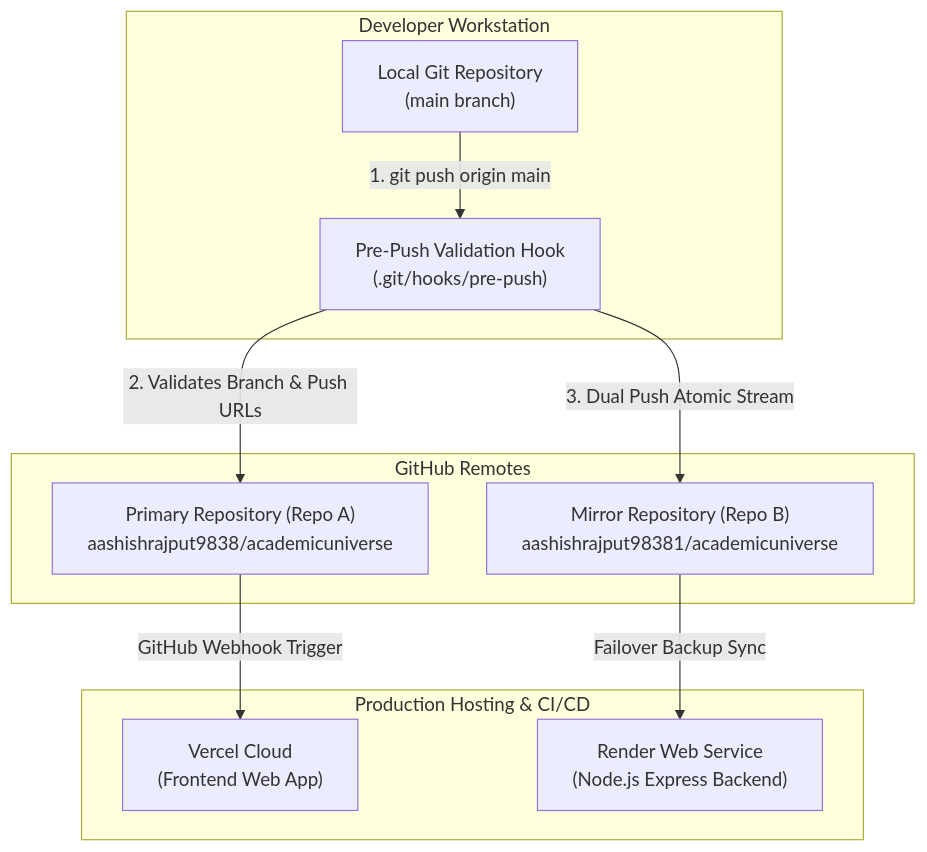
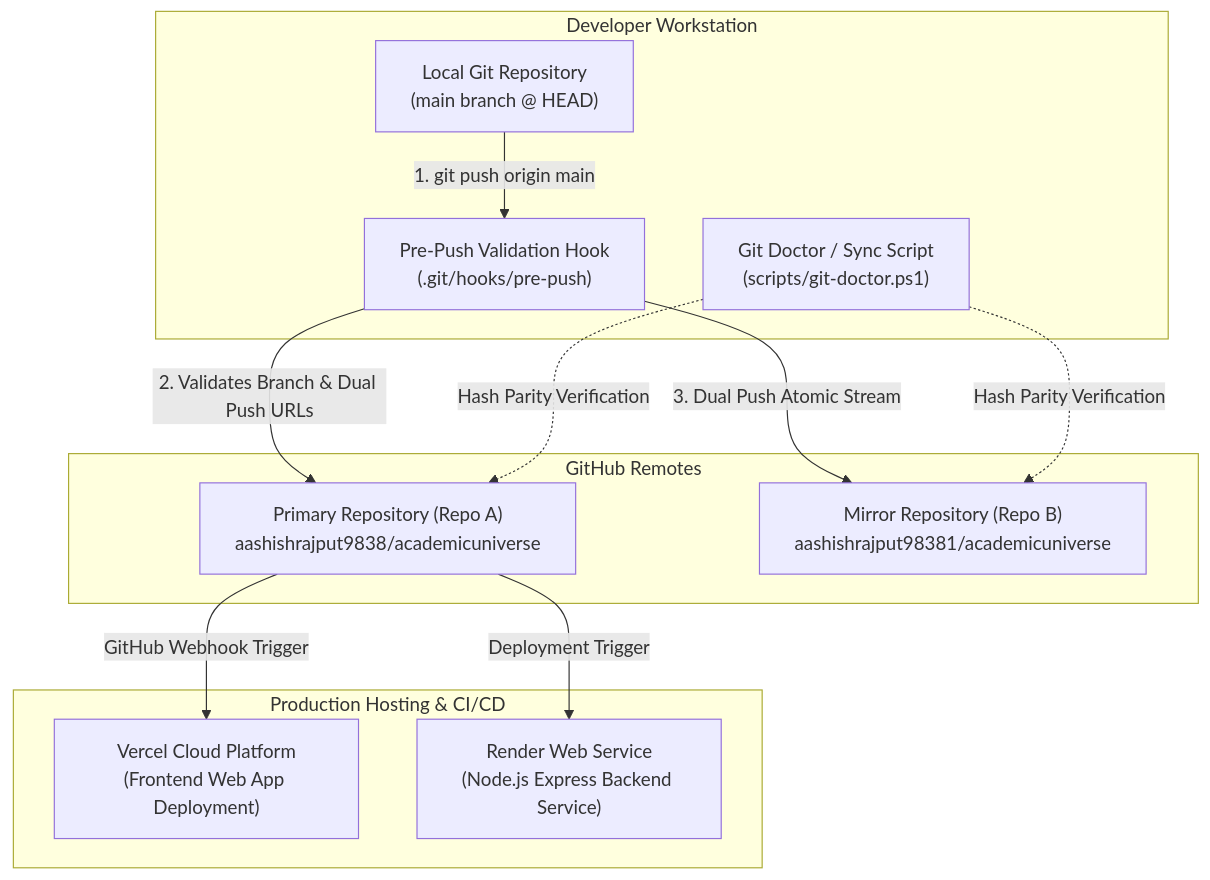
Before and after one commit to aashishrajput9838/academicuniverse: the diagram in docs/git-workflow.md, drawn with Mermaid. The commit also changed other lines of this file and 10 other files, not shown here.

Commit message:
feat(git): Hardening v2.0 - add master git-doctor.ps1, enhanced telemetry, audit reports, and aliases documentation

````diff
--- a/docs/git-workflow.md
+++ b/docs/git-workflow.md
@@ -13,23 +13,26 @@
 ```mermaid
 graph TD
     subgraph Developer Workstation
-        LocalRepo["Local Git Repository<br/>(main branch)"]
+        LocalRepo["Local Git Repository<br/>(main branch @ HEAD)"]
         PrePushHook["Pre-Push Validation Hook<br/>(.git/hooks/pre-push)"]
+        DoctorTool["Git Doctor / Sync Script<br/>(scripts/git-doctor.ps1)"]
     end
 
     subgraph GitHub Remotes
         PrimaryRepo["Primary Repository (Repo A)<br/>aashishrajput9838/academicuniverse"]
         MirrorRepo["Mirror Repository (Repo B)<br/>aashishrajput98381/academicuniverse"]
     end
 
     subgraph Production Hosting & CI/CD
-        VercelFrontend["Vercel Cloud<br/>(Frontend Web App)"]
-        RenderBackend["Render Web Service<br/>(Node.js Express Backend)"]
+        VercelFrontend["Vercel Cloud Platform<br/>(Frontend Web App Deployment)"]
+        RenderBackend["Render Web Service<br/>(Node.js Express Backend Service)"]
     end
 
     LocalRepo -->|1. git push origin main| PrePushHook
-    PrePushHook -->|2. Validates Branch & Push URLs| PrimaryRepo
+    PrePushHook -->|2. Validates Branch & Dual Push URLs| PrimaryRepo
     PrePushHook -->|3. Dual Push Atomic Stream| MirrorRepo
     PrimaryRepo -->|GitHub Webhook Trigger| VercelFrontend
-    MirrorRepo -->|Failover Backup Sync| RenderBackend
+    PrimaryRepo -->|Deployment Trigger| RenderBackend
+    DoctorTool -.->|Hash Parity Verification| PrimaryRepo
+    DoctorTool -.->|Hash Parity Verification| MirrorRepo
 ```
````
